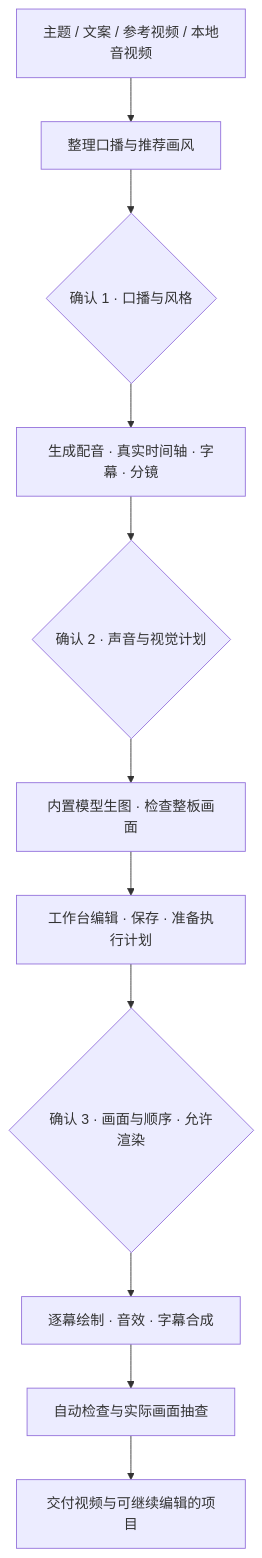
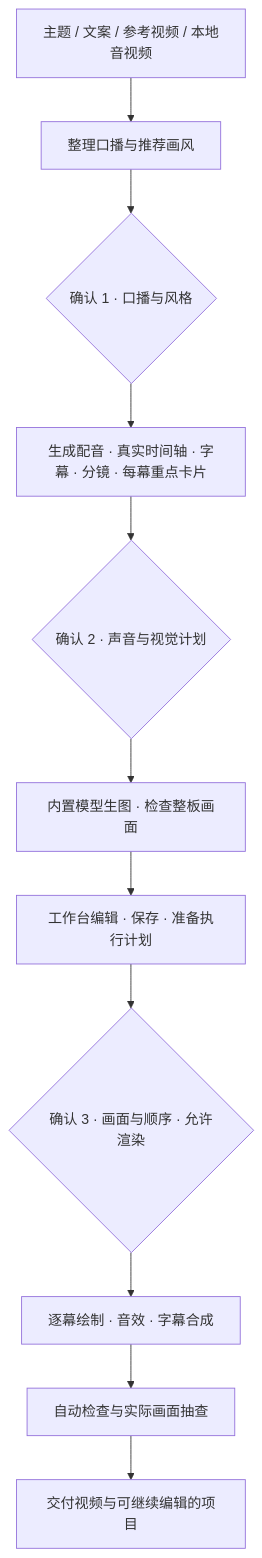
The first of 2 diagrams in README.md (qingyabailu-git/SketchNarrator), drawn with Mermaid before and after one commit. The commit also changed other lines of this file and 17 other files, not shown here.

````diff
--- a/README.md
+++ b/README.md
@@ -35,13 +36,13 @@
 ```mermaid
 flowchart TD
     A[主题 / 文案 / 参考视频 / 本地音视频] --> B[整理口播与推荐画风]
     B --> C{确认 1 · 口播与风格}
-    C --> D[生成配音 · 真实时间轴 · 字幕 · 分镜]
+    C --> D[生成配音 · 真实时间轴 · 字幕 · 分镜 · 每幕重点卡片]
     D --> E{确认 2 · 声音与视觉计划}
     E --> F[内置模型生图 · 检查整板画面]
     F --> G[工作台编辑 · 保存 · 准备执行计划]
     G --> H{确认 3 · 画面与顺序 · 允许渲染}
     H --> I[逐幕绘制 · 音效 · 字幕合成]
     I --> J[自动检查与实际画面抽查]
     J --> K[交付视频与可继续编辑的项目]
 ```
````
